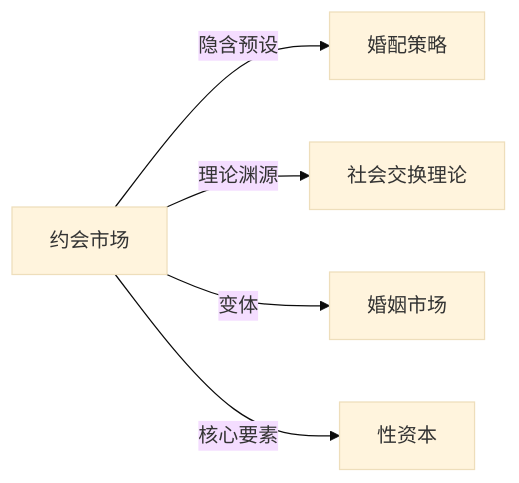
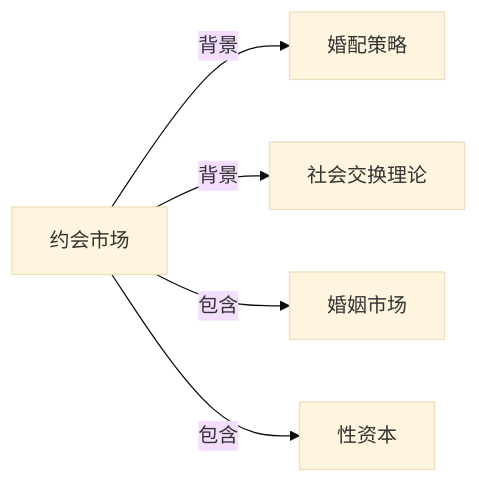
One commit to KIMMCHOW/MyKnowledge changed the diagram in Knowledge/Concepts/社会学/约会市场.md. Above: the diagram before and after it, drawn with Mermaid (base theme). The commit also changed 95 other files, not shown here.

Commit message:
reorganize: 统一关系图边标签为11类

````diff
--- a/Knowledge/Concepts/社会学/约会市场.md
+++ b/Knowledge/Concepts/社会学/约会市场.md
@@ -43,7 +43,7 @@
 ```mermaid
 graph LR
-约会市场 -->|隐含预设| 婚配策略
-约会市场 -->|理论渊源| 社会交换理论
-约会市场 -->|变体| 婚姻市场
-约会市场 -->|核心要素| 性资本
+约会市场 -->|背景| 婚配策略
+约会市场 -->|背景| 社会交换理论
+约会市场 -->|包含| 婚姻市场
+约会市场 -->|包含| 性资本
 ```
````
